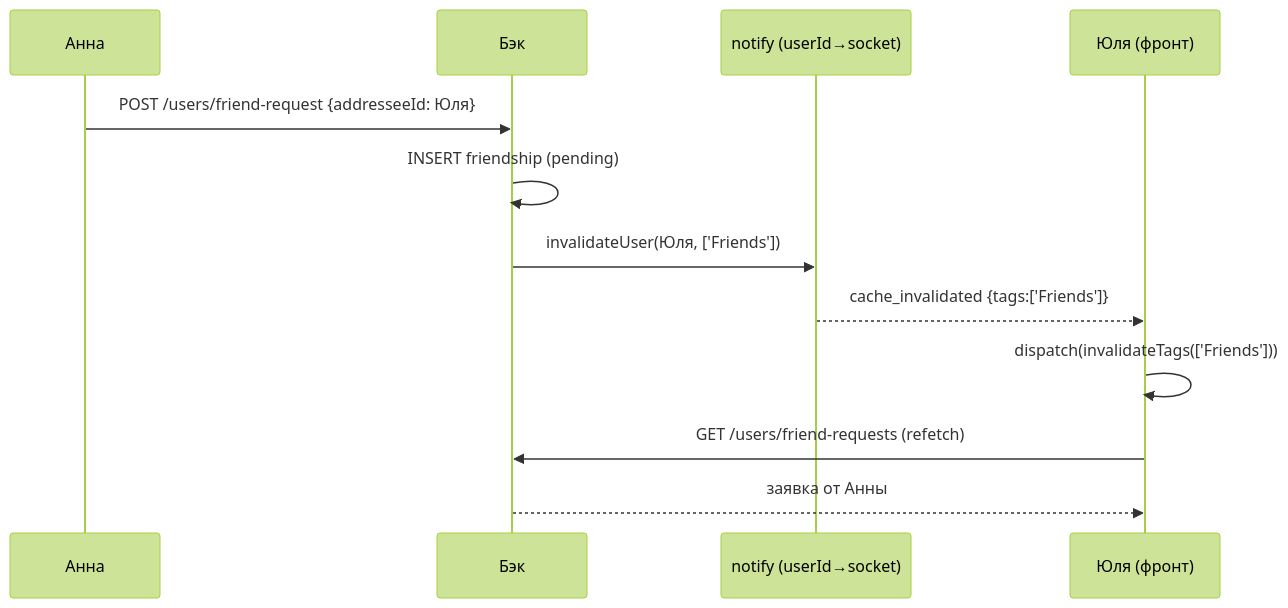
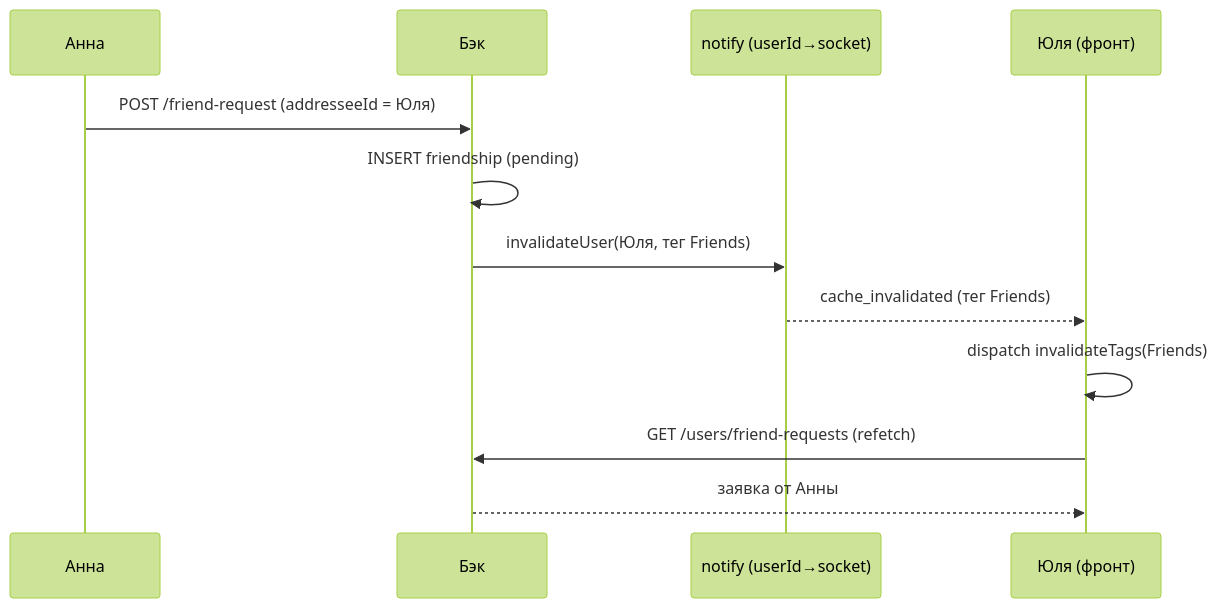
The third of 7 diagrams in README.md (MaltsevNikitaJu/wathtogether_projet_frontend), drawn with Mermaid (forest theme) before and after one commit. The commit also changed other lines of this file, not shown here.

Commit message:
Update README.md to improve clarity in API request formats and enhance sequence diagram descriptions

````diff
--- a/README.md
+++ b/README.md
@@ -289,15 +289,15 @@
 ```mermaid
 sequenceDiagram
     participant A as Анна
     participant BE as Бэк
     participant NM as notify (userId→socket)
     participant B as Юля (фронт)
 
-    A->>BE: POST /users/friend-request {addresseeId: Юля}
+    A->>BE: POST /friend-request (addresseeId = Юля)
     BE->>BE: INSERT friendship (pending)
-    BE->>NM: invalidateUser(Юля, ['Friends'])
-    NM-->>B: cache_invalidated {tags:['Friends']}
-    B->>B: dispatch(invalidateTags(['Friends']))
+    BE->>NM: invalidateUser(Юля, тег Friends)
+    NM-->>B: cache_invalidated (тег Friends)
+    B->>B: dispatch invalidateTags(Friends)
     B->>BE: GET /users/friend-requests (refetch)
     BE-->>B: заявка от Анны
 ```
````
